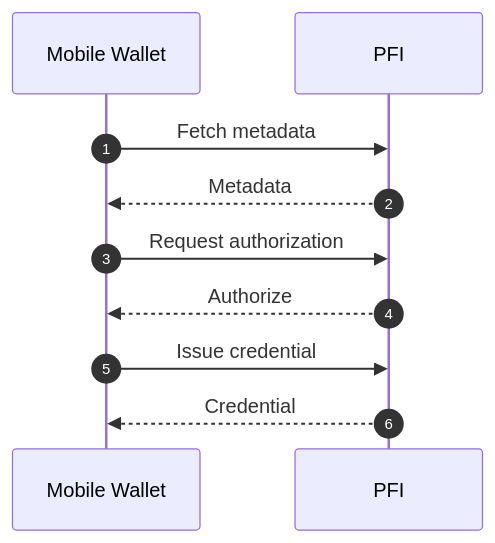
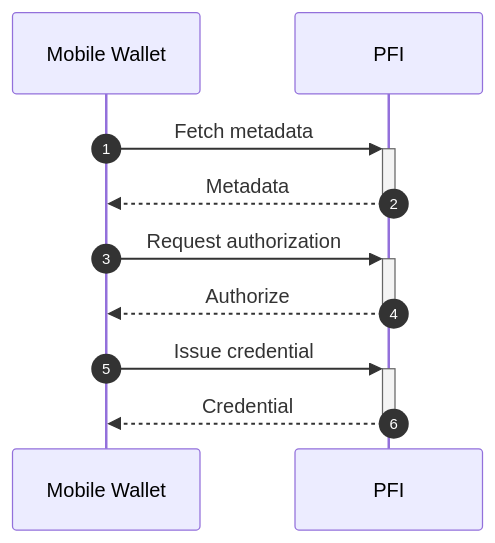
The fourth of 5 diagrams in README.md (TBD54566975/known-customer-credential), drawn with Mermaid before and after one commit. The commit also changed other lines of this file, not shown here.

````diff
--- a/README.md
+++ b/README.md
@@ -346,14 +346,14 @@
 ```mermaid
 sequenceDiagram
 autonumber
 
 participant D as Mobile Wallet
 participant P as PFI
 
-D->>P: Fetch metadata
-P-->>D: Metadata
-D->>P: Request authorization
-P-->>D: Authorize
-D->>P: Issue credential
-P-->>D: Credential
+D->>+P: Fetch metadata
+P-->>-D: Metadata
+D->>+P: Request authorization
+P-->>-D: Authorize
+D->>+P: Issue credential
+P-->>-D: Credential
 ```
````
